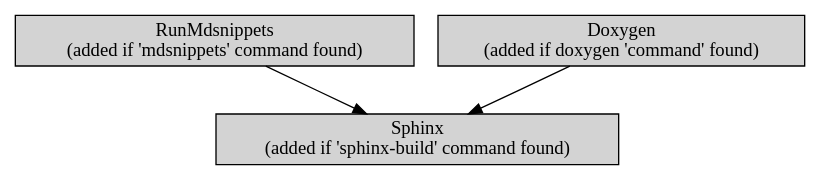
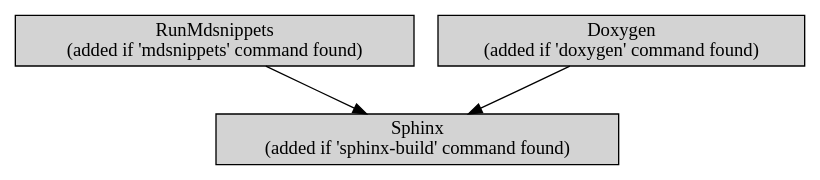
The diagram in doc/images/source/cmake_documentation_targets.dot (approvals/ApprovalTests.cpp), drawn with Graphviz before and after one commit. The commit also changed 1 other file, not shown here.

```diff
--- a/doc/images/source/cmake_documentation_targets.dot
+++ b/doc/images/source/cmake_documentation_targets.dot
@@ -1,13 +1,13 @@
 digraph doxygen_flow {
     rankdir = "TB"
     node [fontsize = 14, shape = box, height = 0.25]
     edge [fontsize = 14]
 
     "mdsnippets" [label = "RunMdsnippets\n(added if 'mdsnippets' command found)", fillcolor = lightgray, style = filled]
-    "doxygen" [label = "Doxygen\n(added if doxygen 'command' found)", fillcolor = lightgray, style = filled]
+    "doxygen" [label = "Doxygen\n(added if 'doxygen' command found)", fillcolor = lightgray, style = filled]
     "sphinx" [label = "Sphinx\n(added if 'sphinx-build' command found)", fillcolor = lightgray, style = filled]
 
     "mdsnippets" -> "sphinx"
     "doxygen" -> "sphinx"
 
 }
```
